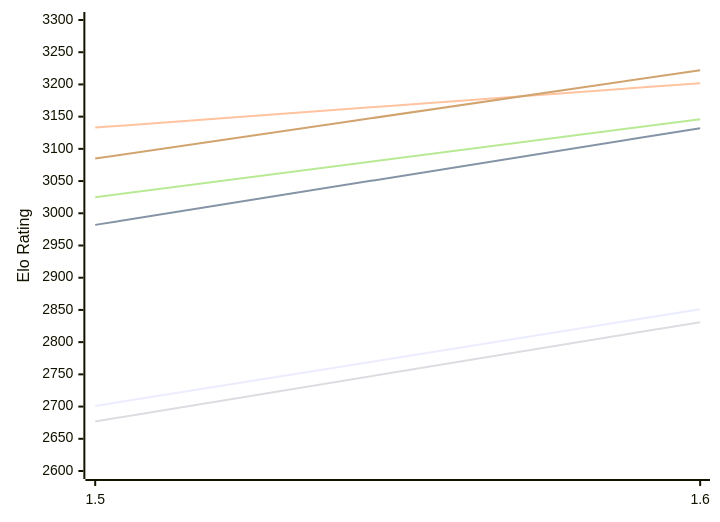
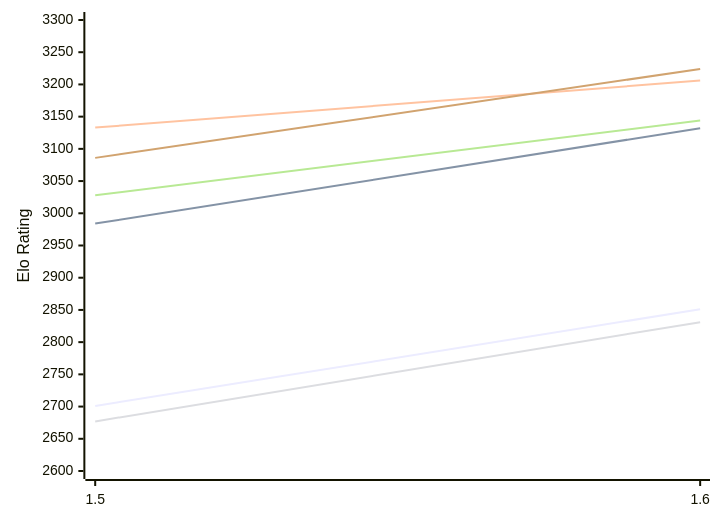
The first of 2 diagrams in engines/Yakka.md (computer-chess-index/cci), drawn with Mermaid before and after one commit. The commit also changed other lines of this file, not shown here.

Commit message:
Update CCI Ratings (ELO VLTC) - 2026-11-27

````diff
--- a/engines/Yakka.md
+++ b/engines/Yakka.md
@@ -51,12 +51,12 @@
 ```mermaid
 %%{init: {"theme":"base","themeVariables":{"seriesColors:['#a3a3a3','#222221','#faa371']}}}%%
 xychart-beta
   x-axis ["1.5", "1.6"]
   y-axis "Elo Rating" 2600 --> 3300
   line "E1: STC (8.0+0.08s)" [2701, 2851]
-  line "E1: LTC (60.0+0.60s)" [2982, 3132]
-  line "E1: VLTC (2m24s+1.12s)" [3133, 3202]
+  line "E1: LTC (60.0+0.60s)" [2984, 3132]
+  line "E1: VLTC (2m24s+1.12s)" [3133, 3206]
   line "P1: STC (8.0+0.08s)" [2677, 2831]
-  line "P1: LTC (60.0+0.60s)" [3025, 3146]
-  line "P1: VLTC (2m24s+1.12s)" [3085, 3222]
+  line "P1: LTC (60.0+0.60s)" [3028, 3144]
+  line "P1: VLTC (2m24s+1.12s)" [3086, 3224]
 ```
````
